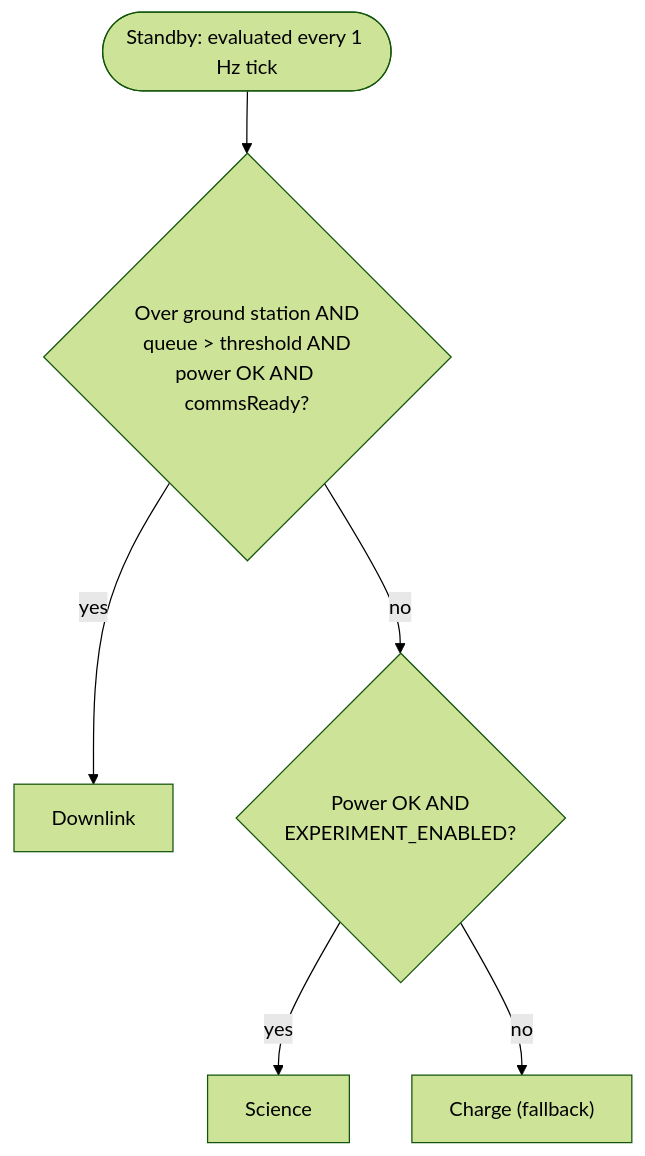
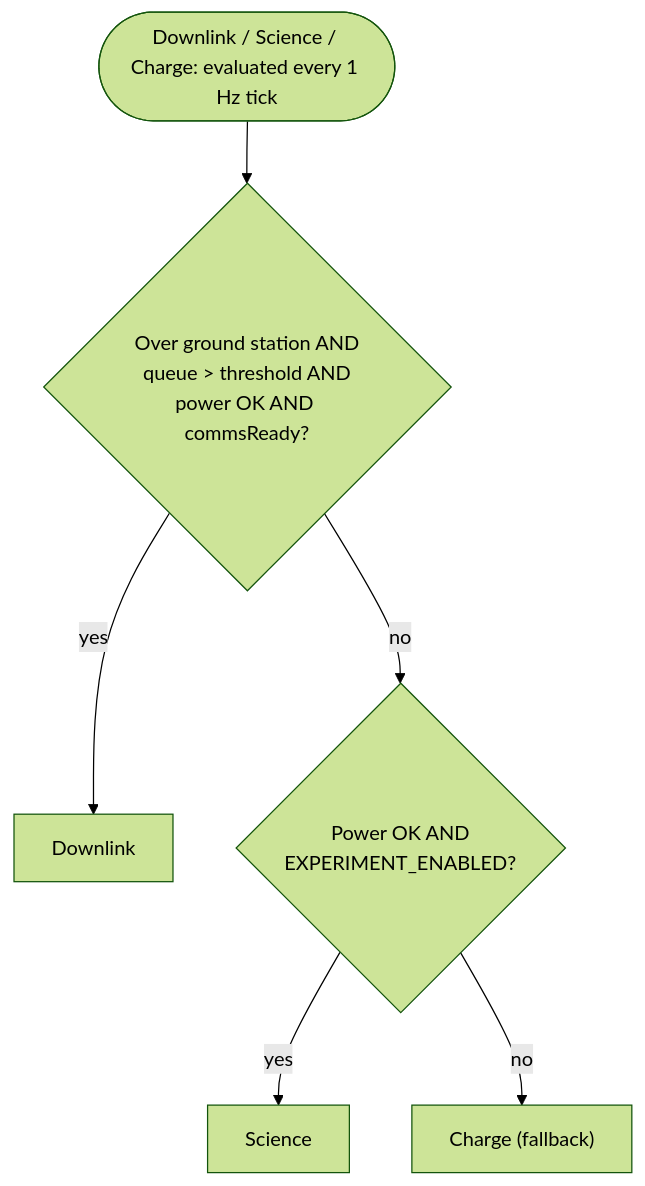
The sixth of 6 diagrams in docs/sdd.md (UWCubeSat/hs2-software-design), drawn with Mermaid (forest theme) before and after one commit. The commit also changed other lines of this file and 9 other files, not shown here.

Commit message:
docs: fix diagrams

````diff
--- a/docs/sdd.md
+++ b/docs/sdd.md
@@ -513,8 +521,8 @@
 ```mermaid
 flowchart TD
-    tick(["Standby: evaluated every 1 Hz tick"]) --> c1{"Over ground station AND<br/>queue > threshold AND<br/>power OK AND commsReady?"}
+    tick(["Downlink / Science / Charge: evaluated every 1 Hz tick"]) --> c1{"Over ground station AND<br/>queue > threshold AND<br/>power OK AND commsReady?"}
     c1 -->|yes| Downlink["Downlink"]
     c1 -->|no| c2{"Power OK AND<br/>EXPERIMENT_ENABLED?"}
     c2 -->|yes| Science["Science"]
     c2 -->|no| Charge["Charge (fallback)"]
 ```
````
